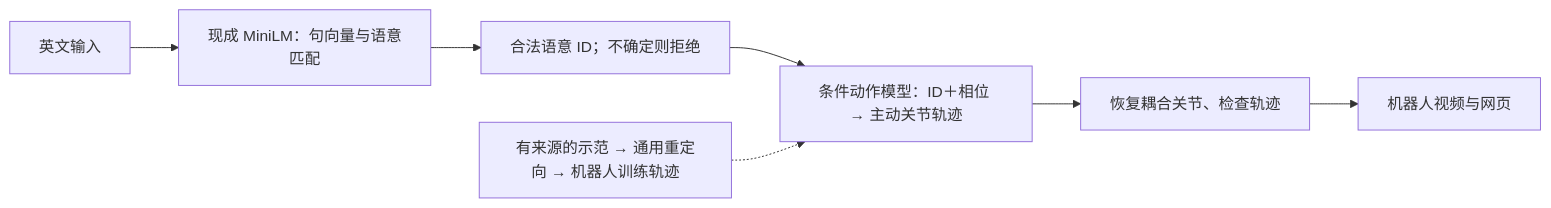
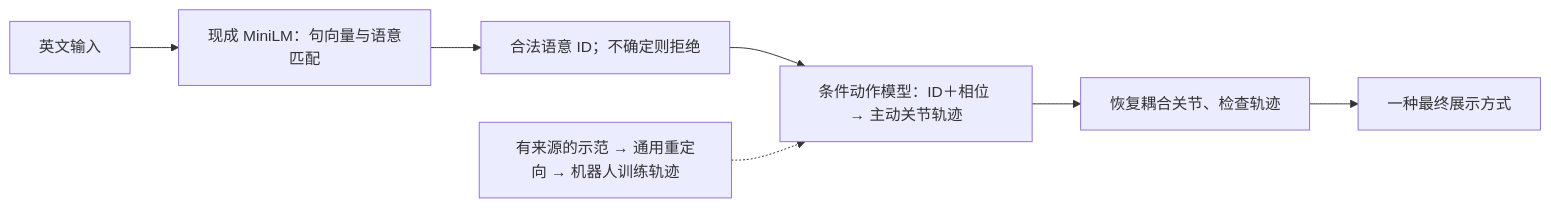
One commit to kimzclandi/me5412-sign-robot changed the diagram in docs/ten-intent-learning-guide.md. Above: the diagram before and after it, drawn with Mermaid. The commit also changed other lines of this file and 124 other files, not shown here.

````diff
--- a/docs/ten-intent-learning-guide.md
+++ b/docs/ten-intent-learning-guide.md
@@ -7,9 +9,9 @@
 ```mermaid
 flowchart LR
     A["英文输入"] --> B["现成 MiniLM：句向量与语意匹配"]
     B --> C["合法语意 ID；不确定则拒绝"]
     C --> D["条件动作模型：ID＋相位 → 主动关节轨迹"]
     D --> E["恢复耦合关节、检查轨迹"]
-    E --> F["机器人视频与网页"]
+    E --> F["一种最终展示方式"]
     DATA["有来源的示范 → 通用重定向 → 机器人训练轨迹"] -.-> D
 ```
````
